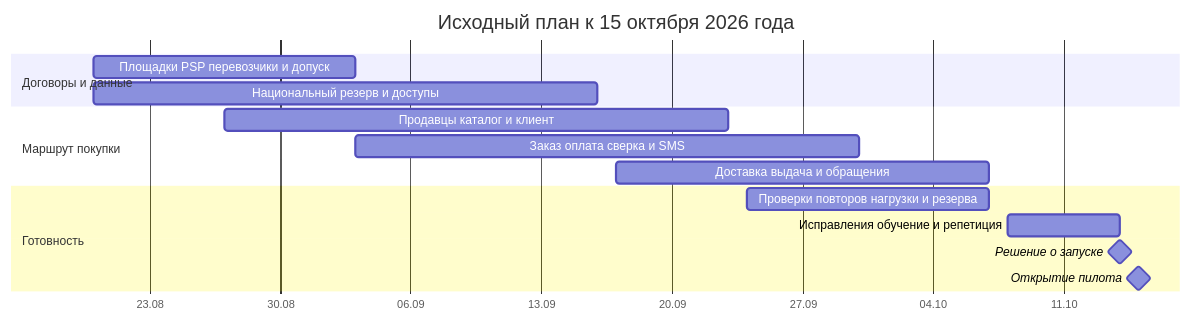
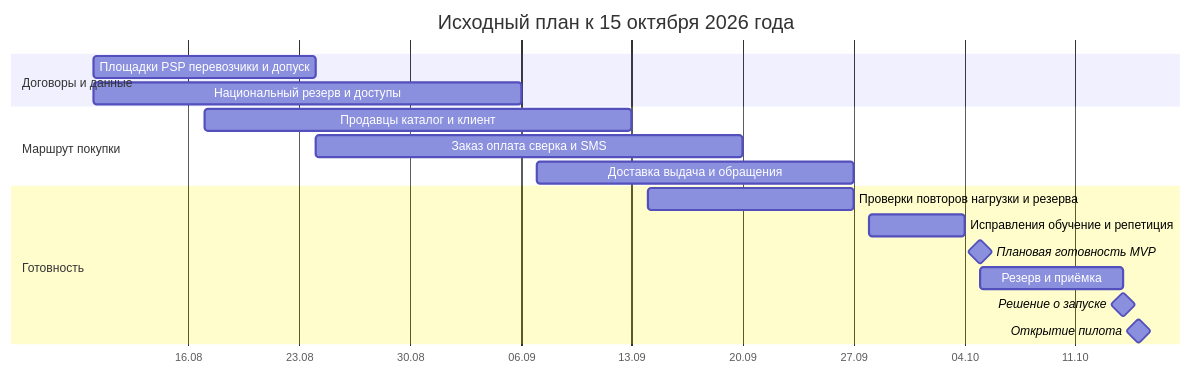
Before and after one commit to gininvadim290588/Ginin_Solution-Africa_Delivery-Sprint9: the diagram in Task5/roadmap.md, drawn with Mermaid. The commit also changed other lines of this file and 29 other files, not shown here.

Commit message:
docs: align case timeline with August 10 kickoff

````diff
--- a/Task5/roadmap.md
+++ b/Task5/roadmap.md
@@ -28,18 +28,20 @@
 ```mermaid
 gantt
     title Исходный план к 15 октября 2026 года
     dateFormat YYYY-MM-DD
     axisFormat %d.%m
     section Договоры и данные
-    Площадки PSP перевозчики и допуск :a1, 2026-08-20, 2026-09-03
-    Национальный резерв и доступы :a2, 2026-08-20, 2026-09-16
+    Площадки PSP перевозчики и допуск :a1, 2026-08-10, 2026-08-24
+    Национальный резерв и доступы :a2, 2026-08-10, 2026-09-06
     section Маршрут покупки
-    Продавцы каталог и клиент :b1, 2026-08-27, 2026-09-23
-    Заказ оплата сверка и SMS :b2, 2026-09-03, 2026-09-30
-    Доставка выдача и обращения :b3, 2026-09-17, 2026-10-07
+    Продавцы каталог и клиент :b1, 2026-08-17, 2026-09-13
+    Заказ оплата сверка и SMS :b2, 2026-08-24, 2026-09-20
+    Доставка выдача и обращения :b3, 2026-09-07, 2026-09-27
     section Готовность
-    Проверки повторов нагрузки и резерва :c1, 2026-09-24, 2026-10-07
-    Исправления обучение и репетиция :c2, 2026-10-08, 2026-10-14
+    Проверки повторов нагрузки и резерва :c1, 2026-09-14, 2026-09-27
+    Исправления обучение и репетиция :c2, 2026-09-28, 2026-10-04
+    Плановая готовность MVP :milestone, 2026-10-05, 0d
+    Резерв и приёмка :c3, 2026-10-05, 2026-10-14
     Решение о запуске :milestone, 2026-10-14, 0d
     Открытие пилота :milestone, 2026-10-15, 0d
 ```
````
